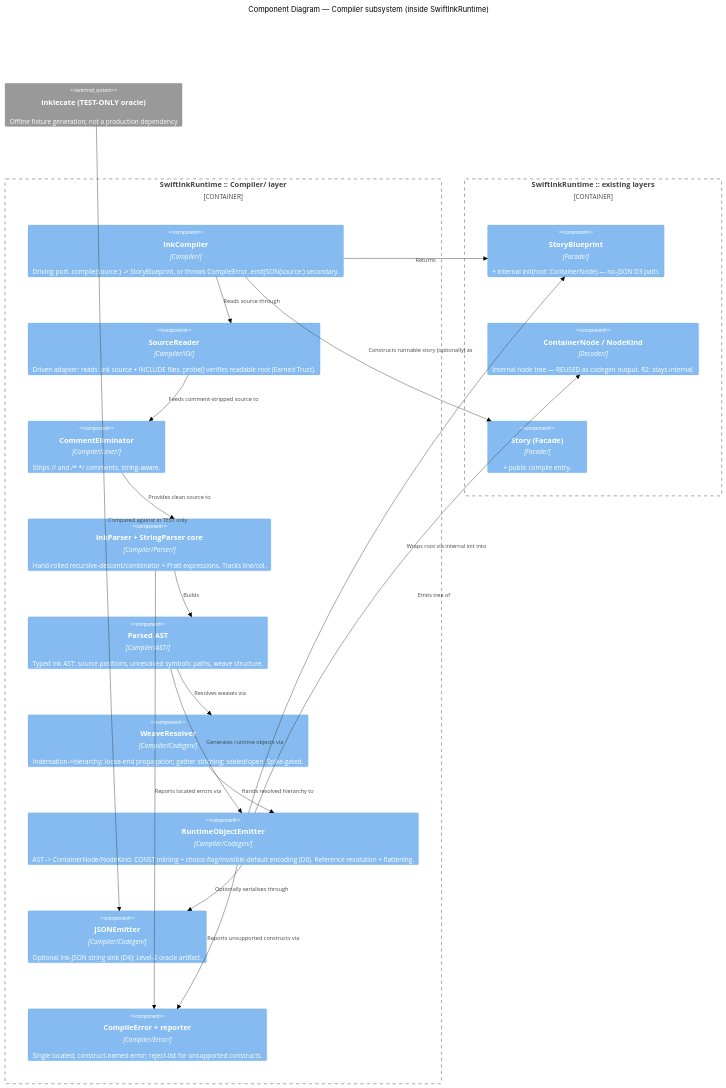
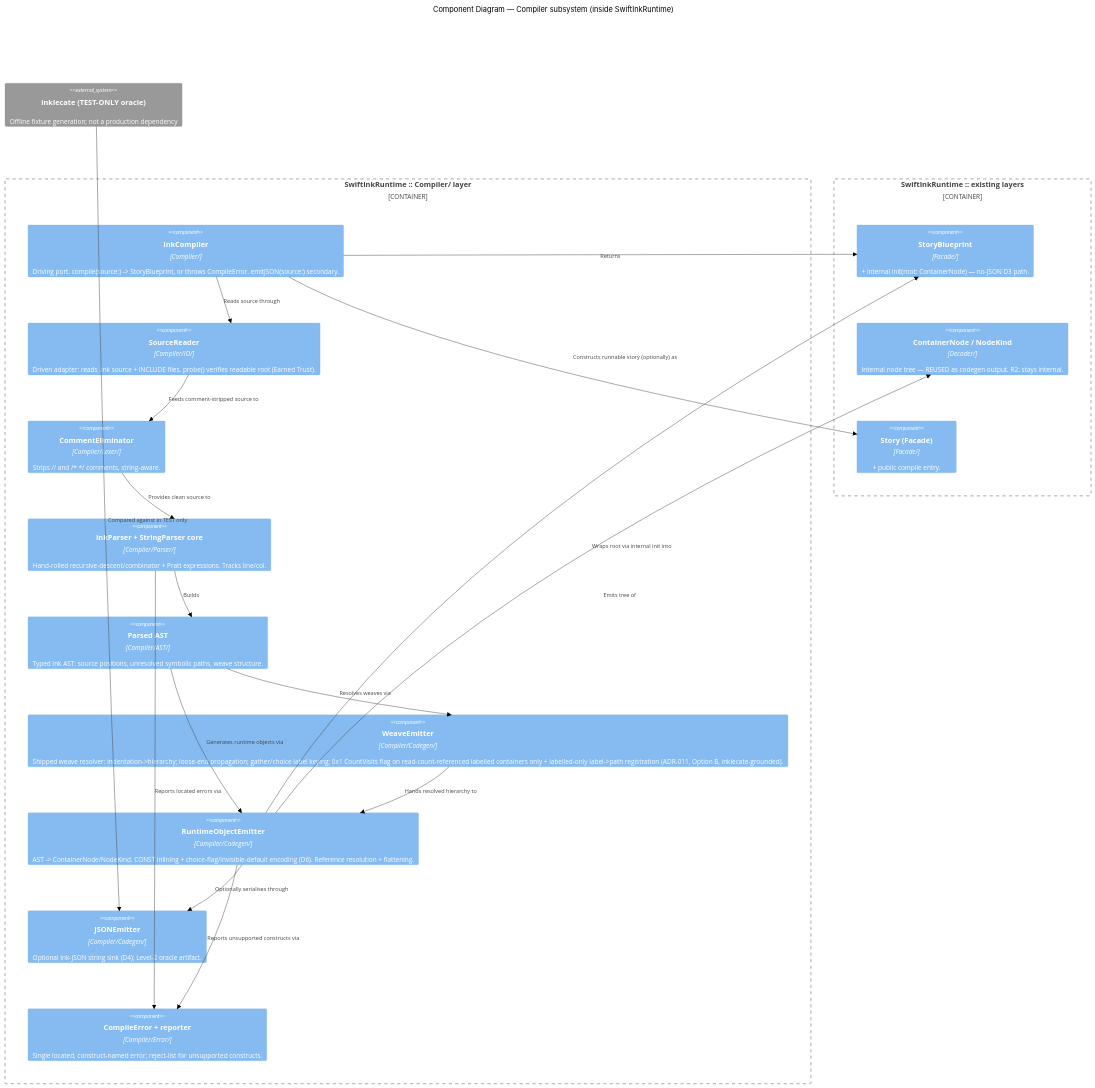
Before and after one commit to maartene/InkSwift: the fourth of 7 diagrams in docs/product/architecture/brief.md, drawn with Mermaid (neutral theme). The commit also changed other lines of this file and 3 other files, not shown here.

First line of the commit message:
design(native-ink-compiler): weave-label read-count addressing slice (ADR-011)

````diff
--- a/docs/product/architecture/brief.md
+++ b/docs/product/architecture/brief.md
@@ -1050,40 +1076,40 @@
 ```mermaid
 C4Component
   title Component Diagram — Compiler subsystem (inside SwiftInkRuntime)
 
   Container_Boundary(comp, "SwiftInkRuntime :: Compiler/ layer") {
     Component(entry, "InkCompiler", "Compiler/", "Driving port. compile(source:) -> StoryBlueprint, or throws CompileError. emitJSON(source:) secondary.")
     Component(io, "SourceReader", "Compiler/IO/", "Driven adapter: reads .ink source + INCLUDE files. probe() verifies readable root (Earned Trust).")
     Component(comment, "CommentEliminator", "Compiler/Lexer/", "Strips // and /* */ comments, string-aware.")
     Component(parser, "InkParser + StringParser core", "Compiler/Parser/", "Hand-rolled recursive-descent/combinator + Pratt expressions. Tracks line/col.")
     Component(ast, "Parsed AST", "Compiler/AST/", "Typed Ink AST: source positions, unresolved symbolic paths, weave structure.")
-    Component(weave, "WeaveResolver", "Compiler/Codegen/", "Indentation->hierarchy; loose-end propagation; gather stitching; sealed/open. Spike-gated.")
+    Component(weave, "WeaveEmitter", "Compiler/Codegen/", "Shipped weave resolver: indentation->hierarchy; loose-end propagation; gather/choice label keying; 0x1 CountVisits flag on read-count-referenced labelled containers only + labelled-only label->path registration (ADR-011, Option B, inklecate-grounded).")
     Component(codegen, "RuntimeObjectEmitter", "Compiler/Codegen/", "AST -> ContainerNode/NodeKind. CONST inlining + choice-flag/invisible-default encoding (D6). Reference resolution + flattening.")
     Component(jsonemit, "JSONEmitter", "Compiler/Codegen/", "Optional Ink-JSON string sink (D4); Level-2 oracle artifact.")
     Component(err, "CompileError + reporter", "Compiler/Error/", "Single located, construct-named error; reject-list for unsupported constructs.")
   }
 
   Container_Boundary(rt, "SwiftInkRuntime :: existing layers") {
     Component(blueprint, "StoryBlueprint", "Facade/", "+ internal init(root: ContainerNode) — no-JSON D3 path.")
     Component(nodes, "ContainerNode / NodeKind", "Decoder/", "Internal node tree — REUSED as codegen output. R2: stays internal.")
     Component(story, "Story (Facade)", "Facade/", "+ public compile entry.")
   }
 
   System_Ext(inklecate, "inklecate (TEST-ONLY oracle)", "Offline fixture generation; not a production dependency")
 
   Rel(entry, io, "Reads source through")
   Rel(io, comment, "Feeds comment-stripped source to")
   Rel(comment, parser, "Provides clean source to")
   Rel(parser, ast, "Builds")
   Rel(ast, weave, "Resolves weaves via")
   Rel(weave, codegen, "Hands resolved hierarchy to")
   Rel(ast, codegen, "Generates runtime objects via")
   Rel(codegen, nodes, "Emits tree of")
   Rel(codegen, blueprint, "Wraps root via internal init into")
   Rel(entry, blueprint, "Returns")
   Rel(entry, story, "Constructs runnable story (optionally) as")
   Rel(codegen, jsonemit, "Optionally serialises through")
   Rel(parser, err, "Reports located errors via")
   Rel(codegen, err, "Reports unsupported constructs via")
   Rel(inklecate, jsonemit, "Compared against in TEST only")
 ```
````
